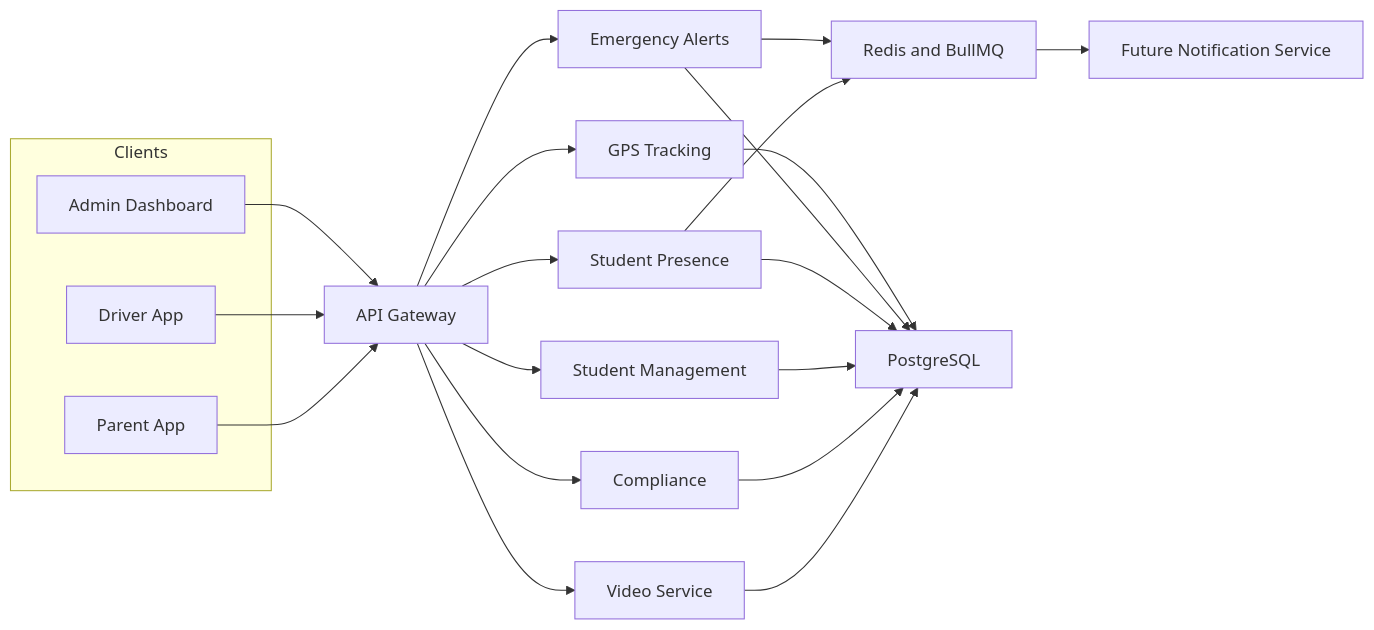
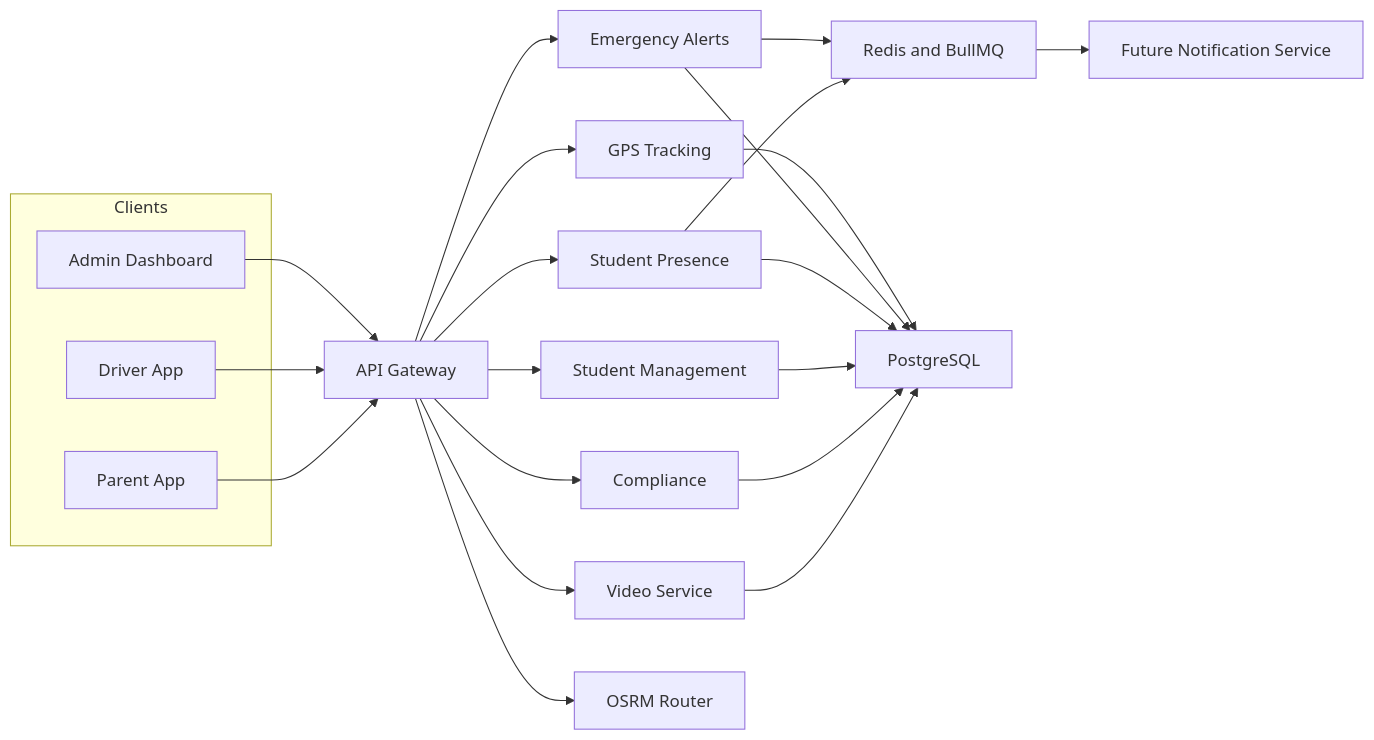
The diagram in docs/Design/Architecture.md (arvinddhasmana/SBTM), drawn with Mermaid before and after one commit. The commit also changed other lines of this file and 76 other files, not shown here.

````diff
--- a/docs/Design/Architecture.md
+++ b/docs/Design/Architecture.md
@@ -55,38 +55,40 @@
 ```mermaid
 flowchart LR
     subgraph Clients
         Admin[Admin Dashboard]
         Driver[Driver App]
         Parent[Parent App]
     end
 
     Gateway[API Gateway]
     GPS[GPS Tracking]
     Alerts[Emergency Alerts]
     Presence[Student Presence]
     Students[Student Management]
     Compliance[Compliance]
     Video[Video Service]
     Redis[Redis and BullMQ]
     Postgres[PostgreSQL]
+    OSRM[OSRM Router]
     Notify[Future Notification Service]
 
     Admin --> Gateway
     Driver --> Gateway
     Parent --> Gateway
     Gateway --> GPS
     Gateway --> Alerts
     Gateway --> Presence
     Gateway --> Students
     Gateway --> Compliance
     Gateway --> Video
+    Gateway --> OSRM
     Alerts --> Redis
     Presence --> Redis
     GPS --> Postgres
     Alerts --> Postgres
     Presence --> Postgres
     Students --> Postgres
     Compliance --> Postgres
     Video --> Postgres
     Redis --> Notify
 ```
````
